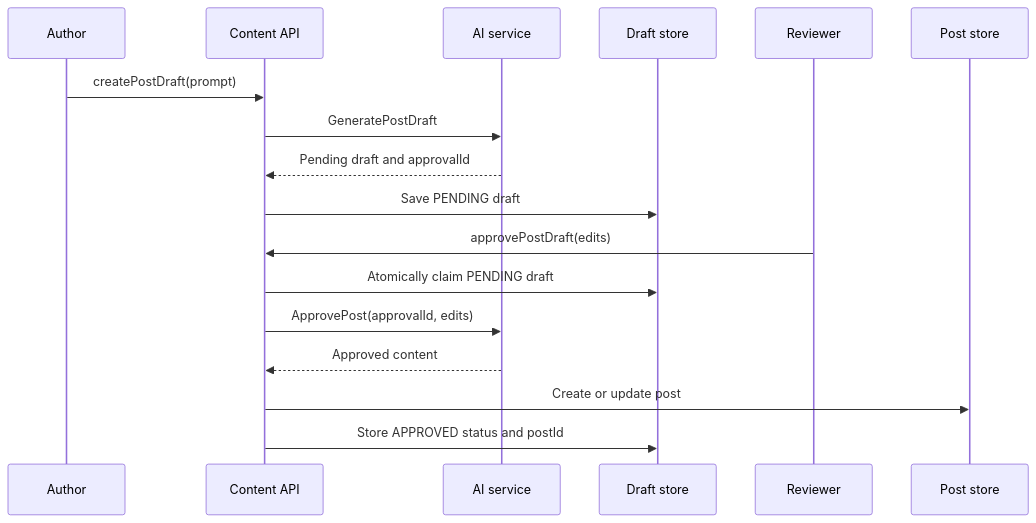
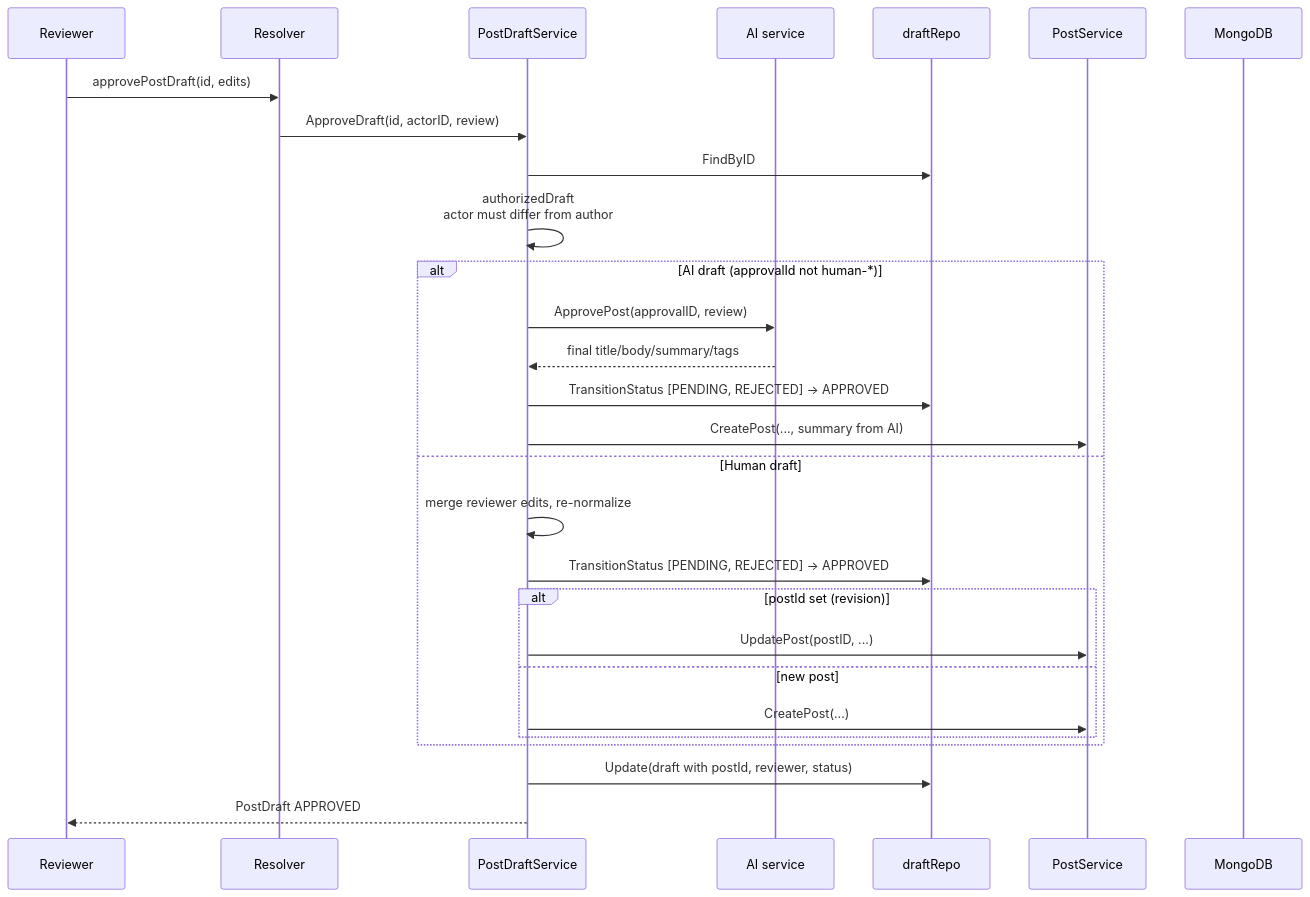
The third of 3 diagrams in services/content/docs/concepts/draft-lifecycle.md (kunalPisolkar24/topos), drawn with Mermaid before and after one commit. The commit also changed other lines of this file and 17 other files, not shown here.

Commit message:
Rewrite content service docs for beginners

````diff
--- a/services/content/docs/concepts/draft-lifecycle.md
+++ b/services/content/docs/concepts/draft-lifecycle.md
@@ -23,20 +132,31 @@
 ```mermaid
 sequenceDiagram
-    participant A as Author
-    participant C as Content API
+    participant RV as Reviewer
+    participant RS as Resolver
+    participant DS as PostDraftService
     participant AI as AI service
-    participant D as Draft store
-    participant R as Reviewer
-    participant P as Post store
+    participant DR as draftRepo
+    participant PS as PostService
+    participant M as MongoDB
 
-    A->>C: createPostDraft(prompt)
-    C->>AI: GeneratePostDraft
-    AI-->>C: Pending draft and approvalId
-    C->>D: Save PENDING draft
-    R->>C: approvePostDraft(edits)
-    C->>D: Atomically claim PENDING draft
-    C->>AI: ApprovePost(approvalId, edits)
-    AI-->>C: Approved content
-    C->>P: Create or update post
-    C->>D: Store APPROVED status and postId
+    RV->>RS: approvePostDraft(id, edits)
+    RS->>DS: ApproveDraft(id, actorID, review)
+    DS->>DR: FindByID
+    DS->>DS: authorizedDraft<br/>actor must differ from author
+    alt AI draft (approvalId not human-*)
+        DS->>AI: ApprovePost(approvalID, review)
+        AI-->>DS: final title/body/summary/tags
+        DS->>DR: TransitionStatus [PENDING, REJECTED] → APPROVED
+        DS->>PS: CreatePost(..., summary from AI)
+    else Human draft
+        DS->>DS: merge reviewer edits, re-normalize
+        DS->>DR: TransitionStatus [PENDING, REJECTED] → APPROVED
+        alt postId set (revision)
+            DS->>PS: UpdatePost(postID, ...)
+        else new post
+            DS->>PS: CreatePost(...)
+        end
+    end
+    DS->>DR: Update(draft with postId, reviewer, status)
+    DS-->>RV: PostDraft APPROVED
 ```
````
